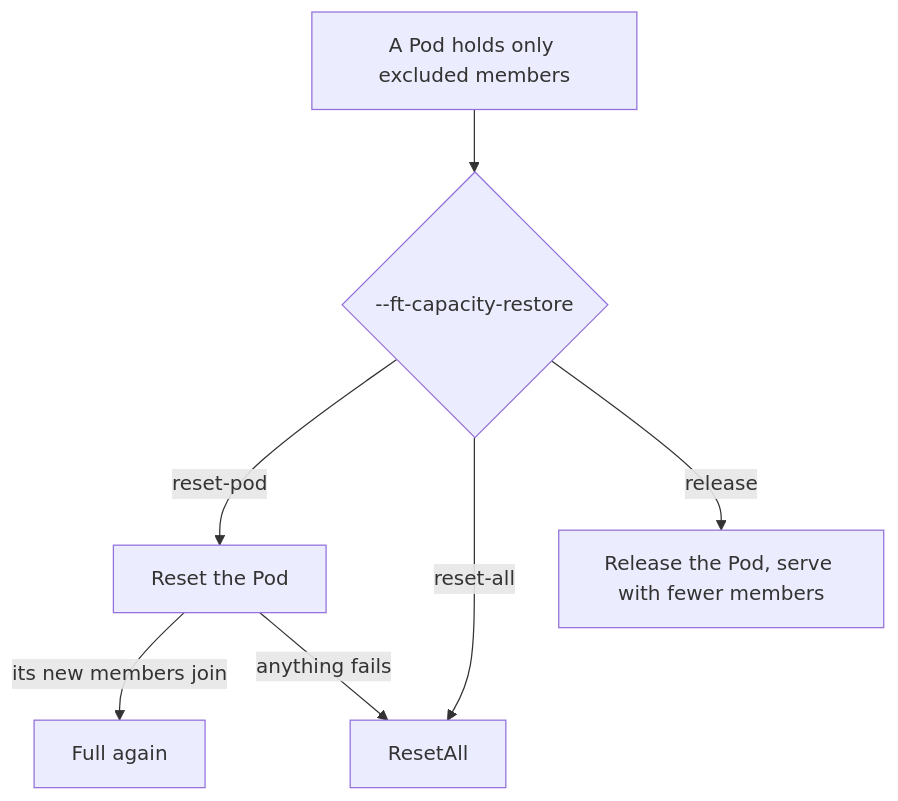
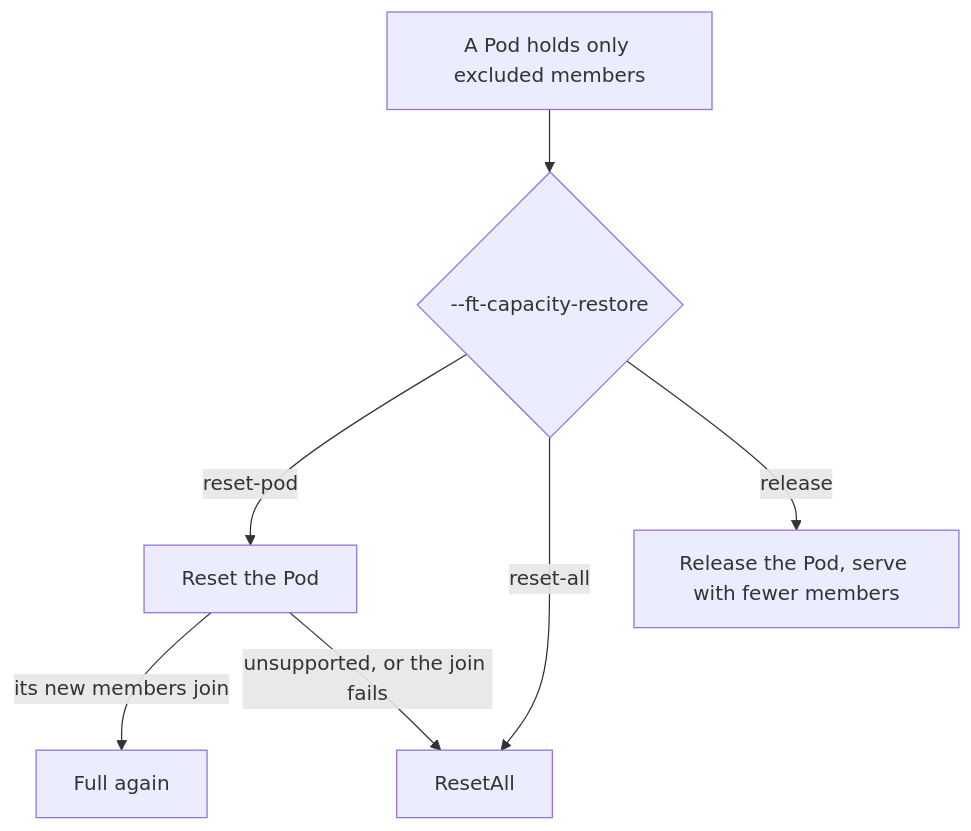
The third of 3 diagrams in docs/design/contracts/controller.md (Etelis/llm-d-resiliency-operator), drawn with Mermaid before and after one commit. The commit also changed other lines of this file and 4 other files, not shown here.

````diff
--- a/docs/design/contracts/controller.md
+++ b/docs/design/contracts/controller.md
@@ -240,9 +245,9 @@
 ```mermaid
 flowchart TD
   X[A Pod holds only excluded members] --> M{--ft-capacity-restore}
   M -- reset-pod --> R[Reset the Pod]
   M -- reset-all --> A[ResetAll]
   M -- release --> L[Release the Pod, serve with fewer members]
   R -- its new members join --> F[Full again]
-  R -- anything fails --> A
+  R -- unsupported, or the join fails --> A
 ```
````
